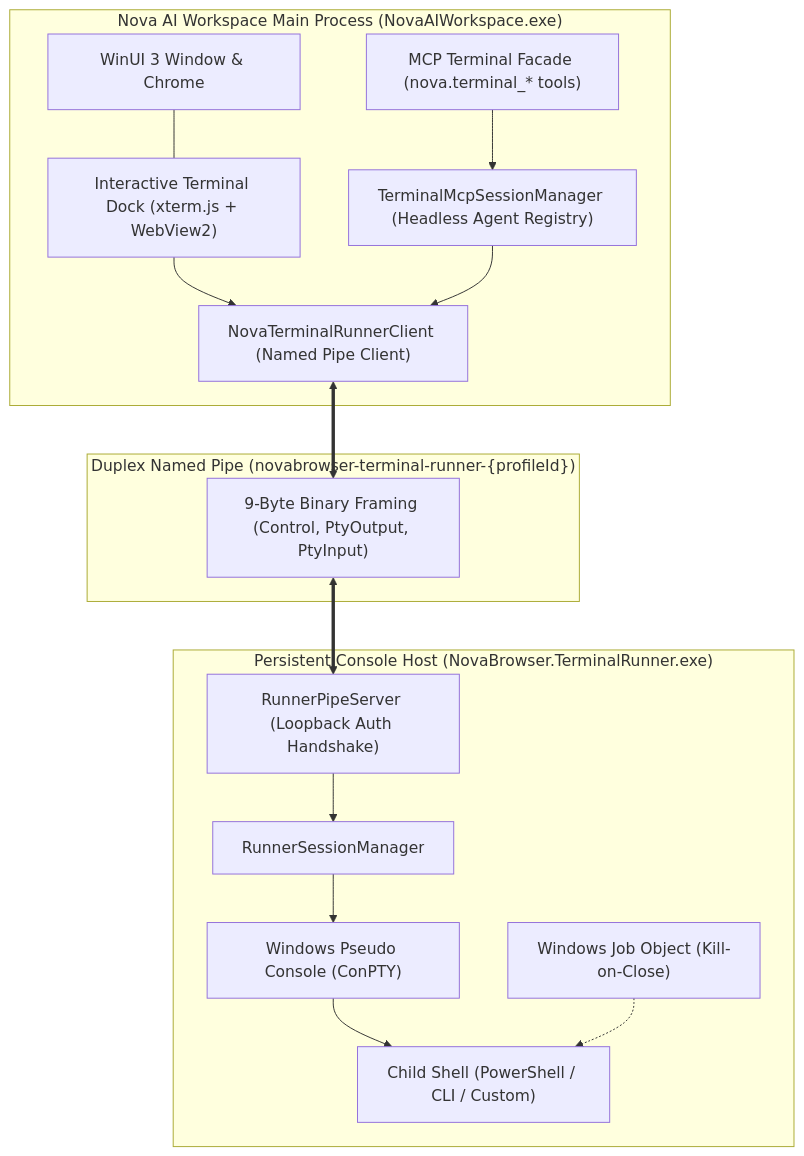
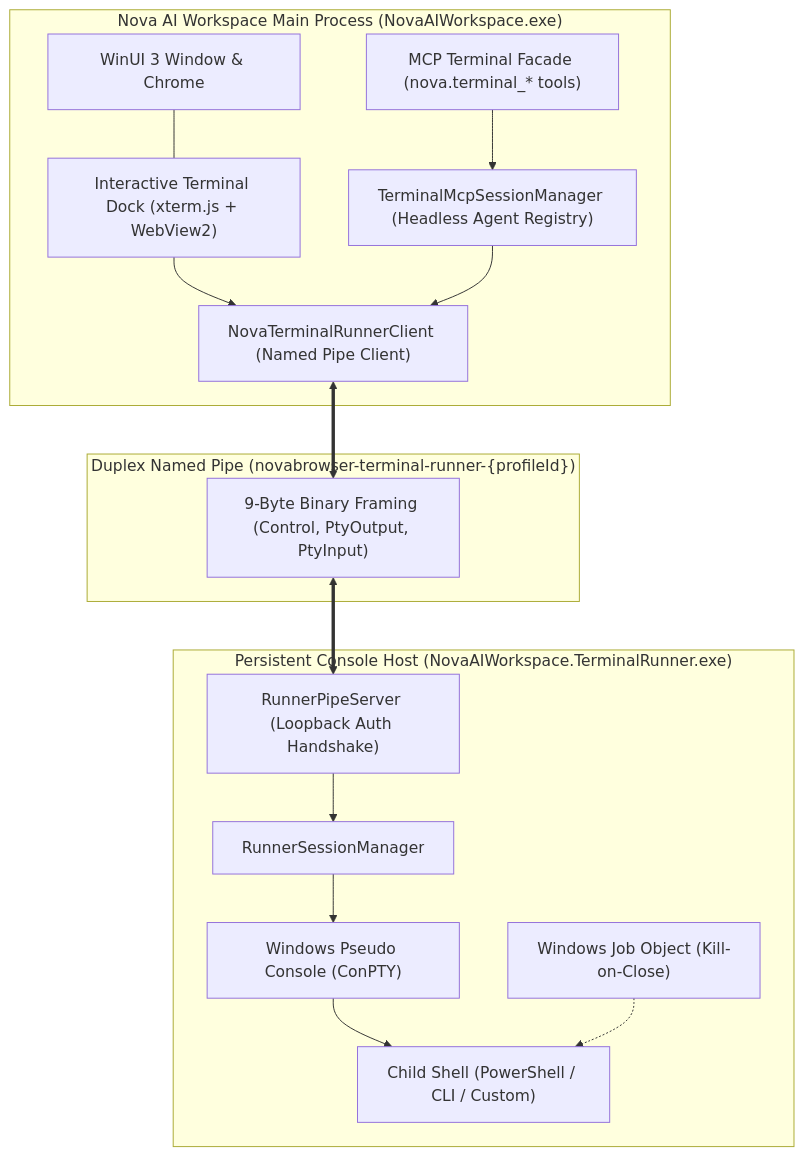
Before and after one commit to joelaniol/nova: the first of 3 diagrams in docs/core-features/terminal-workspaces/README.md, drawn with Mermaid. The commit also changed other lines of this file and 58 other files, not shown here.

Commit message:
docs: run_rows tools, fastlane memory tools, NovaAIWorkspace helper names

````diff
--- a/docs/core-features/terminal-workspaces/README.md
+++ b/docs/core-features/terminal-workspaces/README.md
@@ -19,34 +19,34 @@
 ```mermaid
 flowchart TD
     subgraph BrowserProcess ["Nova AI Workspace Main Process (NovaAIWorkspace.exe)"]
         UI["WinUI 3 Window & Chrome"]
         Dock["Interactive Terminal Dock (xterm.js + WebView2)"]
         MCP["MCP Terminal Facade (nova.terminal_* tools)"]
         Mgr["TerminalMcpSessionManager (Headless Agent Registry)"]
         Client["NovaTerminalRunnerClient (Named Pipe Client)"]
 
         UI --- Dock
         MCP --> Mgr
         Dock --> Client
         Mgr --> Client
     end
 
     subgraph IPC ["Duplex Named Pipe (novabrowser-terminal-runner-{profileId})"]
         Pipe["9-Byte Binary Framing (Control, PtyOutput, PtyInput)"]
     end
 
-    subgraph RunnerProcess ["Persistent Console Host (NovaBrowser.TerminalRunner.exe)"]
+    subgraph RunnerProcess ["Persistent Console Host (NovaAIWorkspace.TerminalRunner.exe)"]
         Server["RunnerPipeServer (Loopback Auth Handshake)"]
         SessionMgr["RunnerSessionManager"]
         ConPTY["Windows Pseudo Console (ConPTY)"]
         Job["Windows Job Object (Kill-on-Close)"]
         Shell["Child Shell (PowerShell / CLI / Custom)"]
 
         Server --> SessionMgr
         SessionMgr --> ConPTY
         ConPTY --> Shell
         Job -.-> Shell
     end
 
     Client <==> Pipe <==> Server
 ```
````
